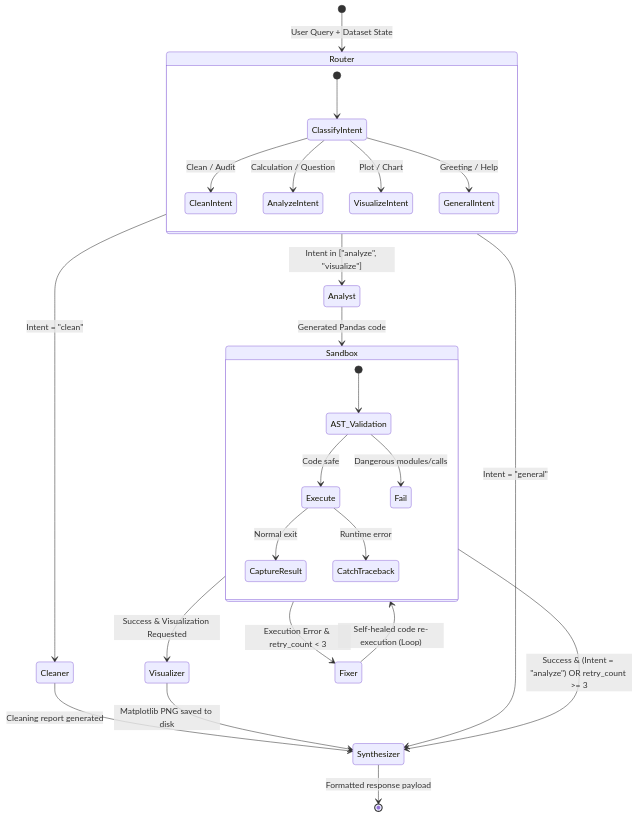
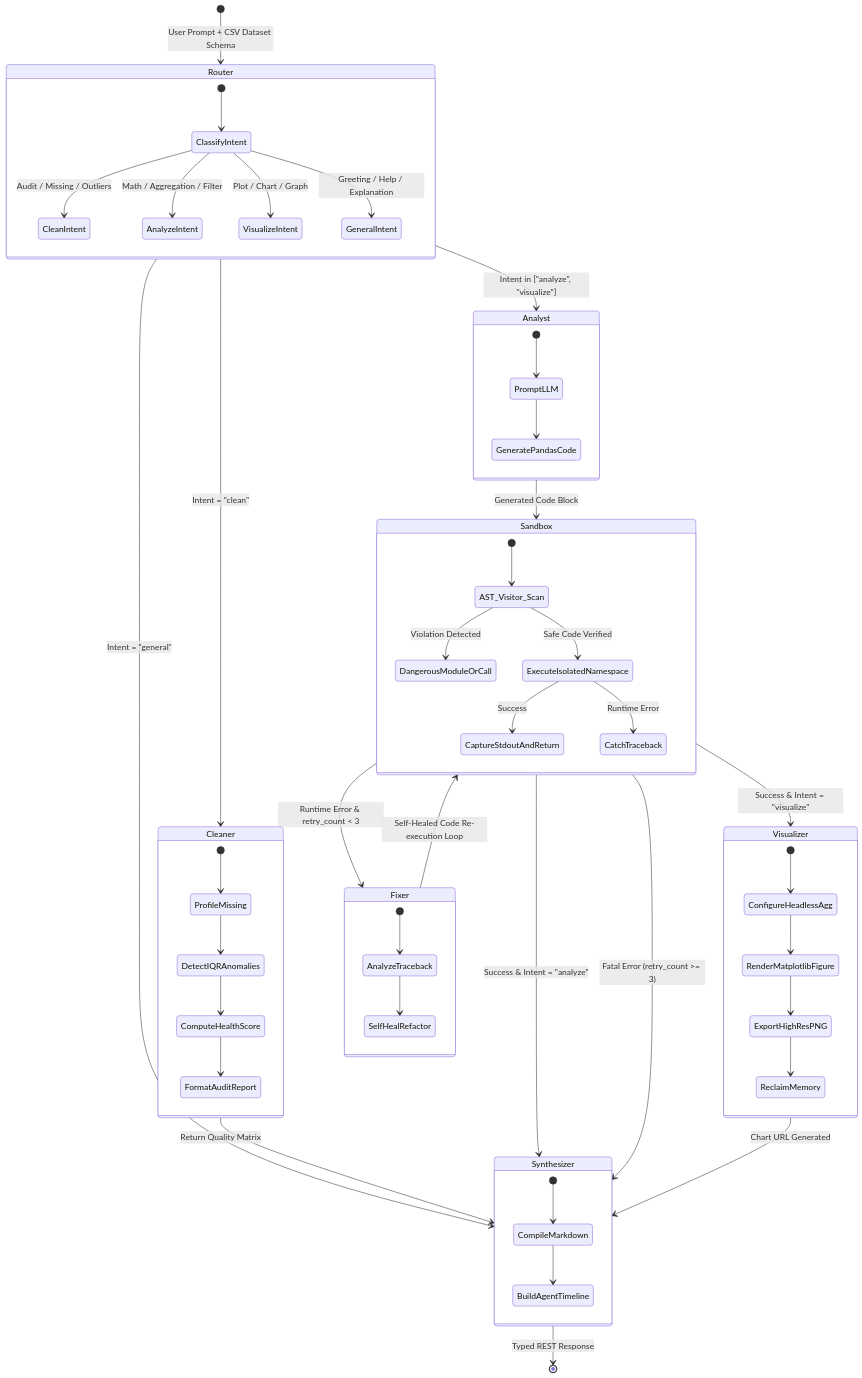
The diagram in README.md (vishal-singh-rajpurohit/Analytics-RAG), drawn with Mermaid before and after one commit. The commit also changed other lines of this file and 8 other files, not shown here.

````diff
--- a/README.md
+++ b/README.md
@@ -129,37 +104,63 @@
 ```mermaid
 stateDiagram-v2
-    [*] --> Router : User Query + Dataset State
+    [*] --> Router : User Prompt + CSV Dataset Schema
 
     state Router {
         [*] --> ClassifyIntent
-        ClassifyIntent --> CleanIntent : Clean / Audit
-        ClassifyIntent --> AnalyzeIntent : Calculation / Question
-        ClassifyIntent --> VisualizeIntent : Plot / Chart
-        ClassifyIntent --> GeneralIntent : Greeting / Help
+        ClassifyIntent --> CleanIntent : Audit / Missing / Outliers
+        ClassifyIntent --> AnalyzeIntent : Math / Aggregation / Filter
+        ClassifyIntent --> VisualizeIntent : Plot / Chart / Graph
+        ClassifyIntent --> GeneralIntent : Greeting / Help / Explanation
     }
 
     Router --> Cleaner : Intent = "clean"
     Router --> Analyst : Intent in ["analyze", "visualize"]
     Router --> Synthesizer : Intent = "general"
 
-    Cleaner --> Synthesizer : Cleaning report generated
+    state Cleaner {
+        [*] --> ProfileMissing
+        ProfileMissing --> DetectIQRAnomalies
+        DetectIQRAnomalies --> ComputeHealthScore
+        ComputeHealthScore --> FormatAuditReport
+    }
+    Cleaner --> Synthesizer : Return Quality Matrix
 
-    Analyst --> Sandbox : Generated Pandas code
+    state Analyst {
+        [*] --> PromptLLM
+        PromptLLM --> GeneratePandasCode
+    }
+    Analyst --> Sandbox : Generated Code Block
 
     state Sandbox {
-        [*] --> AST_Validation
-        AST_Validation --> Execute : Code safe
-        AST_Validation --> Fail : Dangerous modules/calls
-        Execute --> CaptureResult : Normal exit
-        Execute --> CatchTraceback : Runtime error
+        [*] --> AST_Visitor_Scan
+        AST_Visitor_Scan --> DangerousModuleOrCall : Violation Detected
+        AST_Visitor_Scan --> ExecuteIsolatedNamespace : Safe Code Verified
+        ExecuteIsolatedNamespace --> CaptureStdoutAndReturn : Success
+        ExecuteIsolatedNamespace --> CatchTraceback : Runtime Error
     }
 
-    Sandbox --> Visualizer : Success & Visualization Requested
-    Sandbox --> Fixer : Execution Error & retry_count < 3
-    Sandbox --> Synthesizer : Success & (Intent = "analyze") OR retry_count >= 3
+    Sandbox --> Visualizer : Success & Intent = "visualize"
+    Sandbox --> Synthesizer : Success & Intent = "analyze"
+    Sandbox --> Fixer : Runtime Error & retry_count < 3
+    Sandbox --> Synthesizer : Fatal Error (retry_count >= 3)
 
-    Fixer --> Sandbox : Self-healed code re-execution (Loop)
+    state Fixer {
+        [*] --> AnalyzeTraceback
+        AnalyzeTraceback --> SelfHealRefactor
+    }
+    Fixer --> Sandbox : Self-Healed Code Re-execution Loop
 
-    Visualizer --> Synthesizer : Matplotlib PNG saved to disk
-    Synthesizer --> [*] : Formatted response payload
+    state Visualizer {
+        [*] --> ConfigureHeadlessAgg
+        ConfigureHeadlessAgg --> RenderMatplotlibFigure
+        RenderMatplotlibFigure --> ExportHighResPNG
+        ExportHighResPNG --> ReclaimMemory
+    }
+    Visualizer --> Synthesizer : Chart URL Generated
+
+    state Synthesizer {
+        [*] --> CompileMarkdown
+        CompileMarkdown --> BuildAgentTimeline
+    }
+    Synthesizer --> [*] : Typed REST Response
 ```
````
